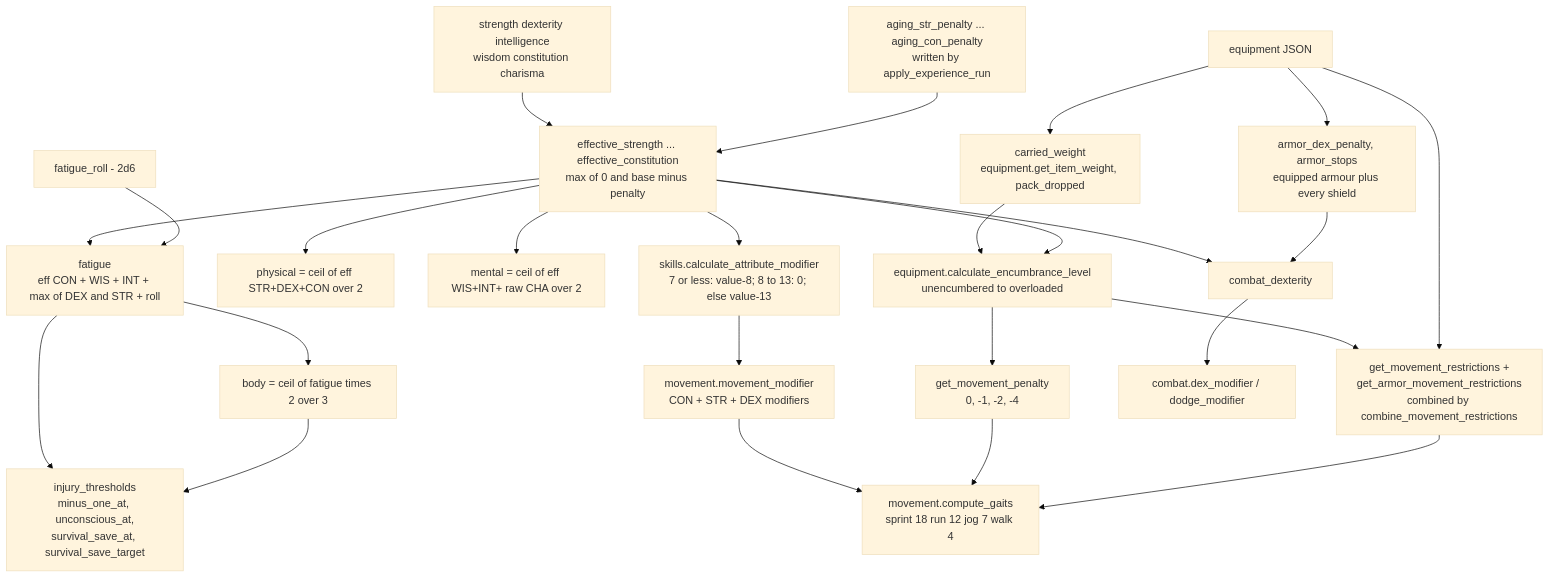
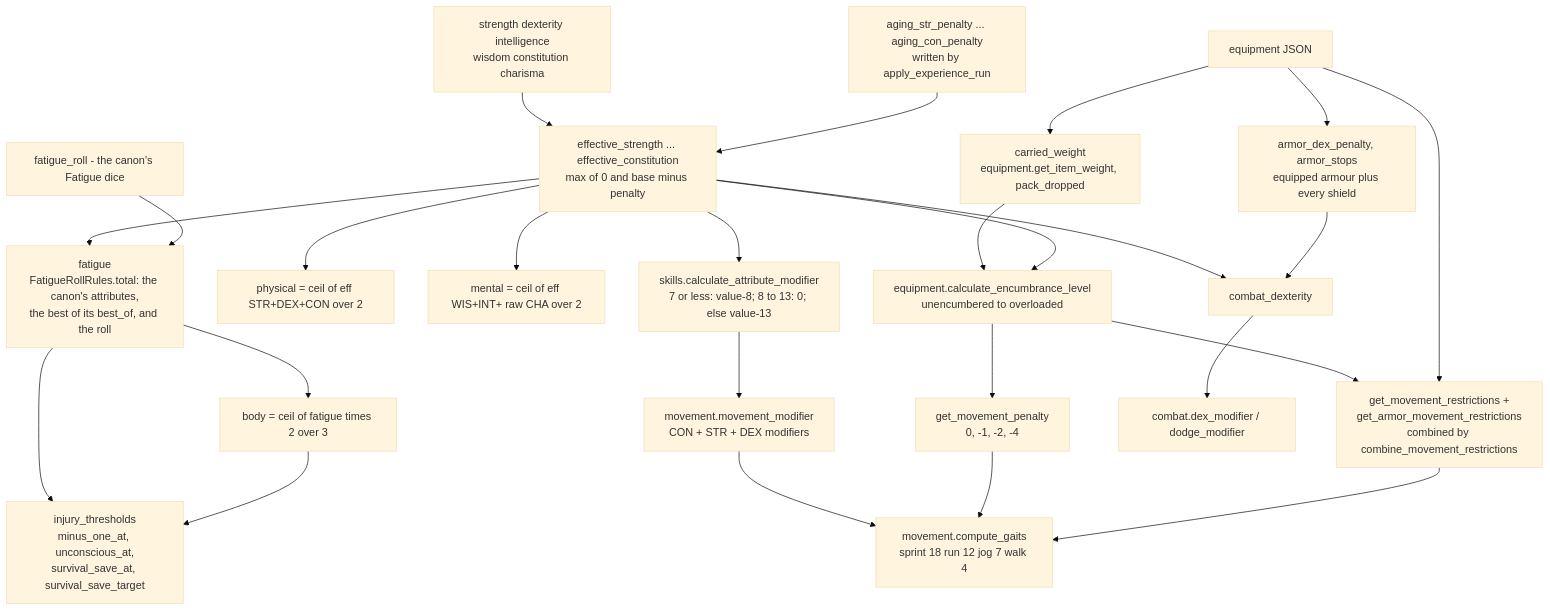
One commit to smarks/tarmar-studio changed the sixth of 18 diagrams in docs/architecture.md. Above: the diagram before and after it, drawn with Mermaid (base theme). The commit also changed other lines of this file and 15 other files, not shown here.

First line of the commit message:
Take the attribute dice from the canon, prove creation follows it end to end, and say so in the docs (#59)

````diff
--- a/docs/architecture.md
+++ b/docs/architecture.md
@@ -458,52 +472,52 @@
 ```mermaid
 flowchart TD
     base["strength dexterity intelligence<br/>wisdom constitution charisma"]
     aging["aging_str_penalty ... aging_con_penalty<br/>written by apply_experience_run"]
     eff["effective_strength ... effective_constitution<br/>max of 0 and base minus penalty"]
     base --> eff
     aging --> eff
 
-    fatroll["fatigue_roll - 2d6"]
-    fat["fatigue<br/>eff CON + WIS + INT + max of DEX and STR + roll"]
+    fatroll["fatigue_roll - the canon's Fatigue dice"]
+    fat["fatigue<br/>FatigueRollRules.total: the canon's attributes,<br/>the best of its best_of, and the roll"]
     body["body = ceil of fatigue times 2 over 3"]
     inj["injury_thresholds<br/>minus_one_at, unconscious_at,<br/>survival_save_at, survival_save_target"]
     eff --> fat
     fatroll --> fat
     fat --> body
     fat --> inj
     body --> inj
 
     phys["physical = ceil of eff STR+DEX+CON over 2"]
     ment["mental = ceil of eff WIS+INT+ raw CHA over 2"]
     eff --> phys
     eff --> ment
 
     mod["skills.calculate_attribute_modifier<br/>7 or less: value-8; 8 to 13: 0; else value-13"]
     eff --> mod
     mmod["movement.movement_modifier<br/>CON + STR + DEX modifiers"]
     mod --> mmod
 
     equip["equipment JSON"]
     carried["carried_weight<br/>equipment.get_item_weight, pack_dropped"]
     equip --> carried
     enc["equipment.calculate_encumbrance_level<br/>unencumbered to overloaded"]
     carried --> enc
     eff --> enc
     pen["get_movement_penalty<br/>0, -1, -2, -4"]
     enc --> pen
     restr["get_movement_restrictions +<br/>get_armor_movement_restrictions<br/>combined by combine_movement_restrictions"]
     enc --> restr
     equip --> restr
     gaits["movement.compute_gaits<br/>sprint 18 run 12 jog 7 walk 4"]
     mmod --> gaits
     pen --> gaits
     restr --> gaits
 
     armor["armor_dex_penalty, armor_stops<br/>equipped armour plus every shield"]
     equip --> armor
     cdex["combat_dexterity"]
     eff --> cdex
     armor --> cdex
     tohit["combat.dex_modifier / dodge_modifier"]
     cdex --> tohit
 ```
````
